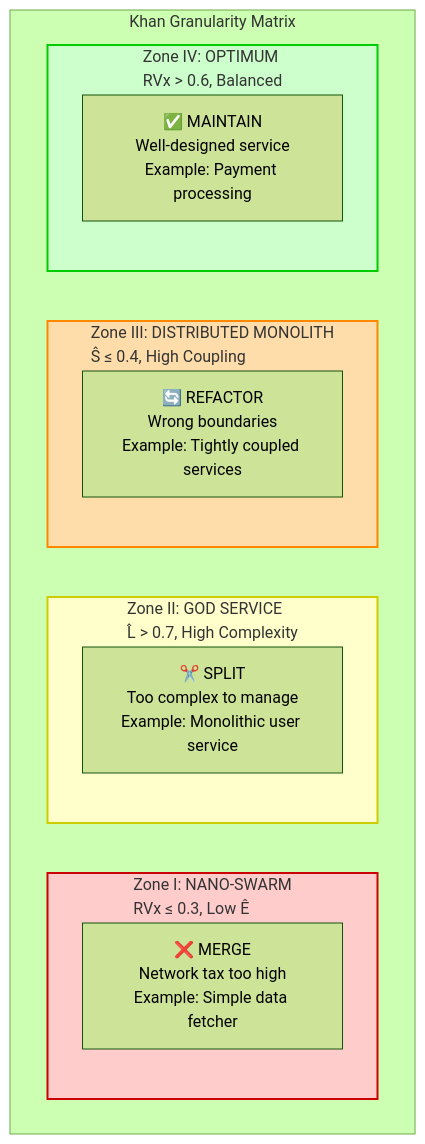
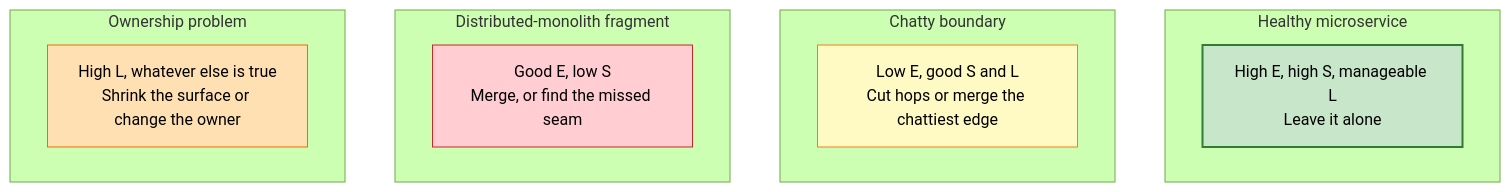
The diagram in assets/images/diagrams/khan-granularity-matrix-zones.mmd (vaquarkhan/microservices-recipes-a-free-gitbook), drawn with Mermaid (forest theme) before and after one commit. The commit also changed 151 other files, not shown here.

```diff
--- a/assets/images/diagrams/khan-granularity-matrix-zones.mmd
+++ b/assets/images/diagrams/khan-granularity-matrix-zones.mmd
@@ -1,23 +1,18 @@
 graph TB
-    subgraph "Khan Granularity Matrix"
-        subgraph Zone1["Zone I: NANO-SWARM<br/>RVx ≤ 0.3, Low Ê"]
-            Z1A["❌ MERGE<br/>Network tax too high<br/>Example: Simple data fetcher"]
-        end
-        
-        subgraph Zone2["Zone II: GOD SERVICE<br/>L̂ > 0.7, High Complexity"]
-            Z2A["✂️ SPLIT<br/>Too complex to manage<br/>Example: Monolithic user service"]
-        end
-        
-        subgraph Zone3["Zone III: DISTRIBUTED MONOLITH<br/>Ŝ ≤ 0.4, High Coupling"]
-            Z3A["🔄 REFACTOR<br/>Wrong boundaries<br/>Example: Tightly coupled services"]
-        end
-        
-        subgraph Zone4["Zone IV: OPTIMUM<br/>RVx > 0.6, Balanced"]
-            Z4A["✅ MAINTAIN<br/>Well-designed service<br/>Example: Payment processing"]
-        end
+    subgraph Healthy["Healthy microservice"]
+        H["High E, high S, manageable L<br/>Leave it alone"]
     end
-    
-    style Zone1 fill:#ffcccc,stroke:#cc0000,stroke-width:2px
-    style Zone2 fill:#ffffcc,stroke:#cccc00,stroke-width:2px
-    style Zone3 fill:#ffddaa,stroke:#ff8800,stroke-width:2px
-    style Zone4 fill:#ccffcc,stroke:#00cc00,stroke-width:2px
+    subgraph Chatty["Chatty boundary"]
+        C["Low E, good S and L<br/>Cut hops or merge the chattiest edge"]
+    end
+    subgraph Fragment["Distributed-monolith fragment"]
+        D["Good E, low S<br/>Merge, or find the missed seam"]
+    end
+    subgraph Load["Ownership problem"]
+        O["High L, whatever else is true<br/>Shrink the surface or change the owner"]
+    end
+
+    style H fill:#c8e6c9,stroke:#2e7d32,stroke-width:2px
+    style C fill:#fff9c4,stroke:#f57f17
+    style D fill:#ffcdd2,stroke:#c62828
+    style O fill:#ffe0b2,stroke:#ef6c00
```
